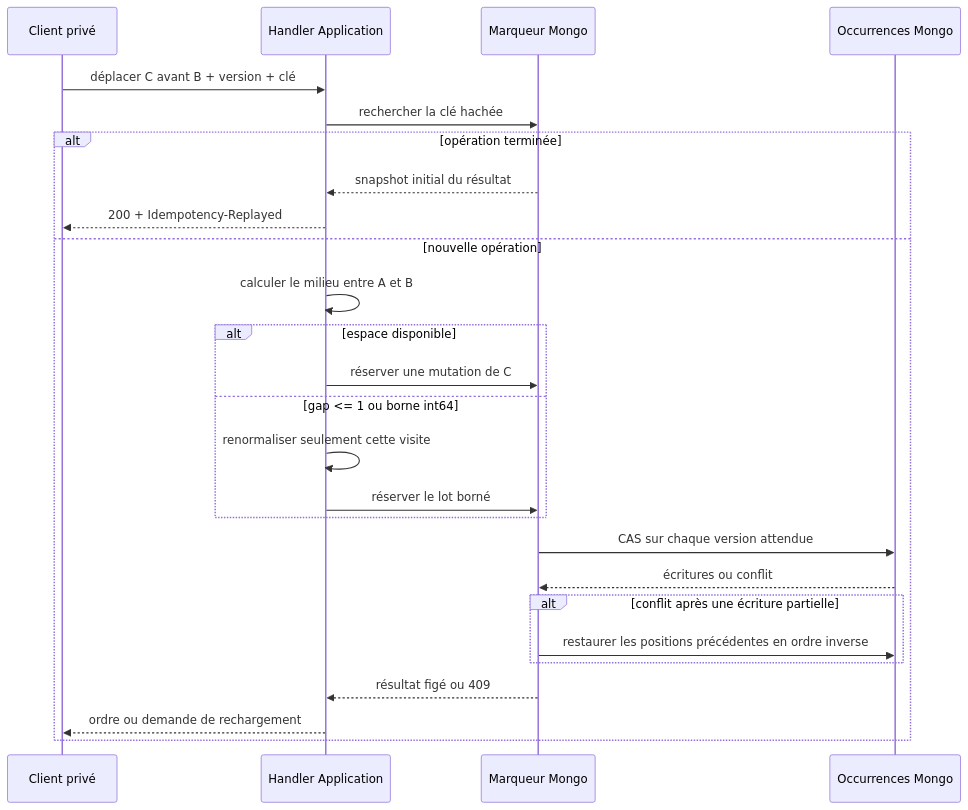
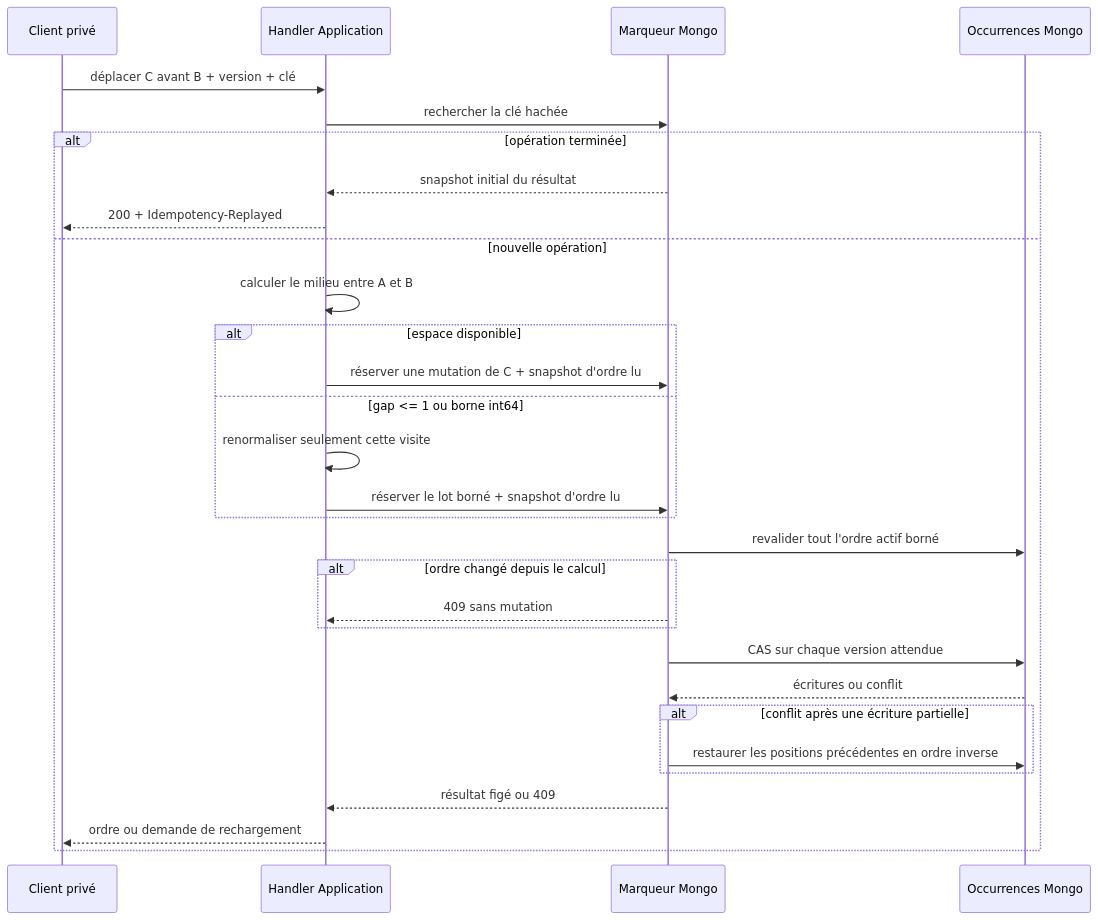
The third of 3 diagrams in docs/architecture/product-growth-pass-07-ride-occurrence-api-2026-09-03.md (Ced59/AmusementParkProject), drawn with Mermaid before and after one commit. The commit also changed other lines of this file and 12 other files, not shown here.

````diff
--- a/docs/architecture/product-growth-pass-07-ride-occurrence-api-2026-09-03.md
+++ b/docs/architecture/product-growth-pass-07-ride-occurrence-api-2026-09-03.md
@@ -66,29 +66,33 @@
 ```mermaid
 sequenceDiagram
     participant UI as Client privé
     participant API as Handler Application
     participant OP as Marqueur Mongo
     participant OCC as Occurrences Mongo
 
     UI->>API: déplacer C avant B + version + clé
     API->>OP: rechercher la clé hachée
     alt opération terminée
       OP-->>API: snapshot initial du résultat
       API-->>UI: 200 + Idempotency-Replayed
     else nouvelle opération
       API->>API: calculer le milieu entre A et B
       alt espace disponible
-        API->>OP: réserver une mutation de C
+        API->>OP: réserver une mutation de C + snapshot d'ordre lu
       else gap <= 1 ou borne int64
         API->>API: renormaliser seulement cette visite
-        API->>OP: réserver le lot borné
+        API->>OP: réserver le lot borné + snapshot d'ordre lu
+      end
+      OP->>OCC: revalider tout l'ordre actif borné
+      alt ordre changé depuis le calcul
+        OP-->>API: 409 sans mutation
       end
       OP->>OCC: CAS sur chaque version attendue
       OCC-->>OP: écritures ou conflit
       alt conflit après une écriture partielle
         OP->>OCC: restaurer les positions précédentes en ordre inverse
       end
       OP-->>API: résultat figé ou 409
       API-->>UI: ordre ou demande de rechargement
     end
 ```
````
